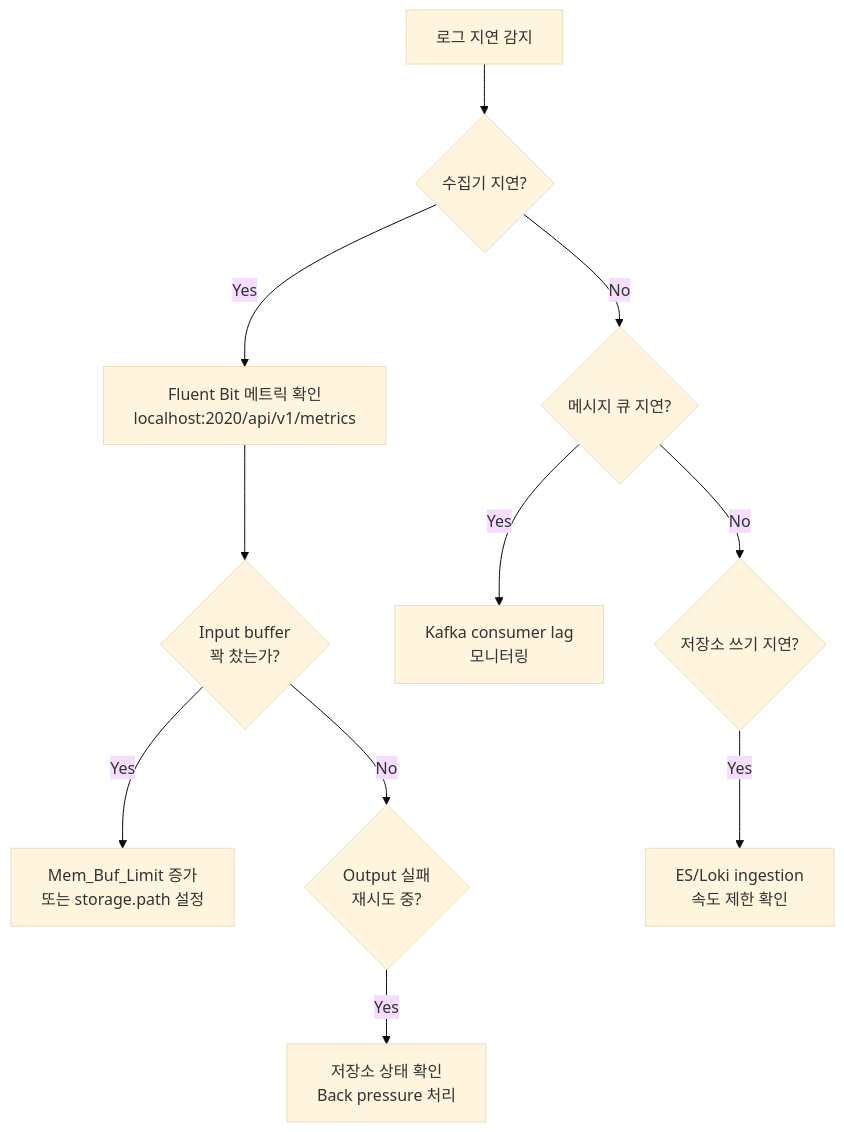
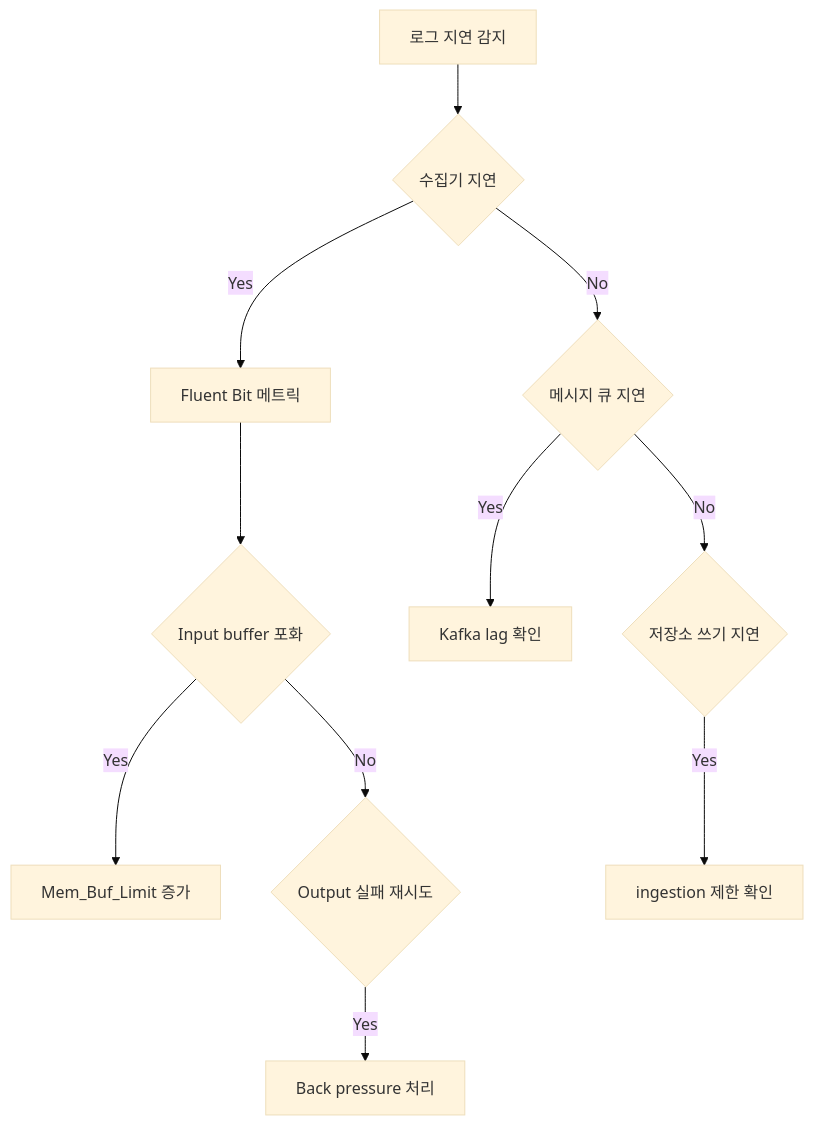
One commit to moonblueblue/devops-wiki changed diagram 11 of 12 in content/linux/logging/log-management.md. Above: the diagram before and after it, drawn with Mermaid (base theme). The commit also changed other lines of this file and 12 other files, not shown here.

First line of the commit message:
style: linux 섹션 전체 ASCII art 제거 및 Mermaid 규칙 적용

````diff
--- a/content/linux/logging/log-management.md
+++ b/content/linux/logging/log-management.md
@@ -972,13 +963,13 @@
 ```mermaid
 flowchart TD
-    A[로그 지연 감지] --> B{수집기 지연?}
-    B -- Yes --> C[Fluent Bit 메트릭 확인\nlocalhost:2020/api/v1/metrics]
-    C --> D{Input buffer\n꽉 찼는가?}
-    D -- Yes --> E[Mem_Buf_Limit 증가\n또는 storage.path 설정]
-    D -- No --> F{Output 실패\n재시도 중?}
-    F -- Yes --> G[저장소 상태 확인\nBack pressure 처리]
-    B -- No --> H{메시지 큐 지연?}
-    H -- Yes --> I[Kafka consumer lag\n모니터링]
-    H -- No --> J{저장소 쓰기 지연?}
-    J -- Yes --> K[ES/Loki ingestion\n속도 제한 확인]
+    A[로그 지연 감지] --> B{수집기 지연}
+    B -- Yes --> C[Fluent Bit 메트릭]
+    C --> D{Input buffer 포화}
+    D -- Yes --> E[Mem_Buf_Limit 증가]
+    D -- No --> F{Output 실패 재시도}
+    F -- Yes --> G[Back pressure 처리]
+    B -- No --> H{메시지 큐 지연}
+    H -- Yes --> I[Kafka lag 확인]
+    H -- No --> J{저장소 쓰기 지연}
+    J -- Yes --> K[ingestion 제한 확인]
 ```
````
